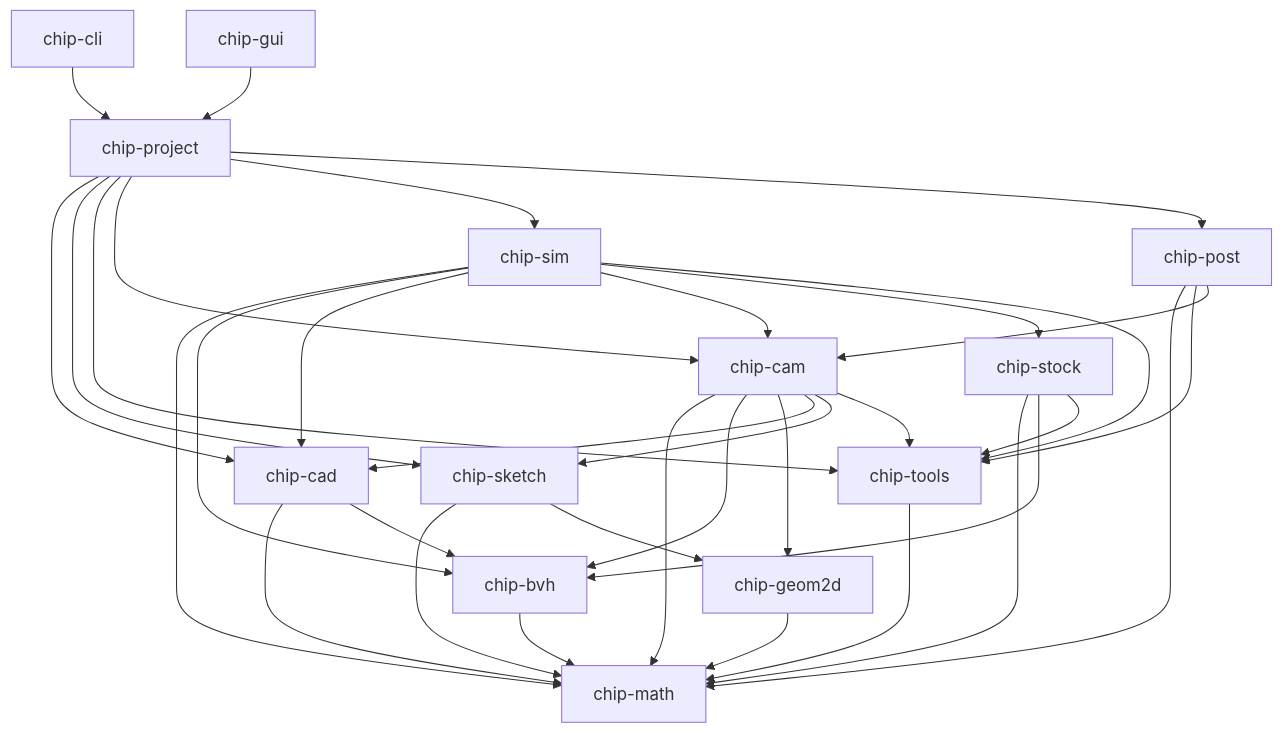
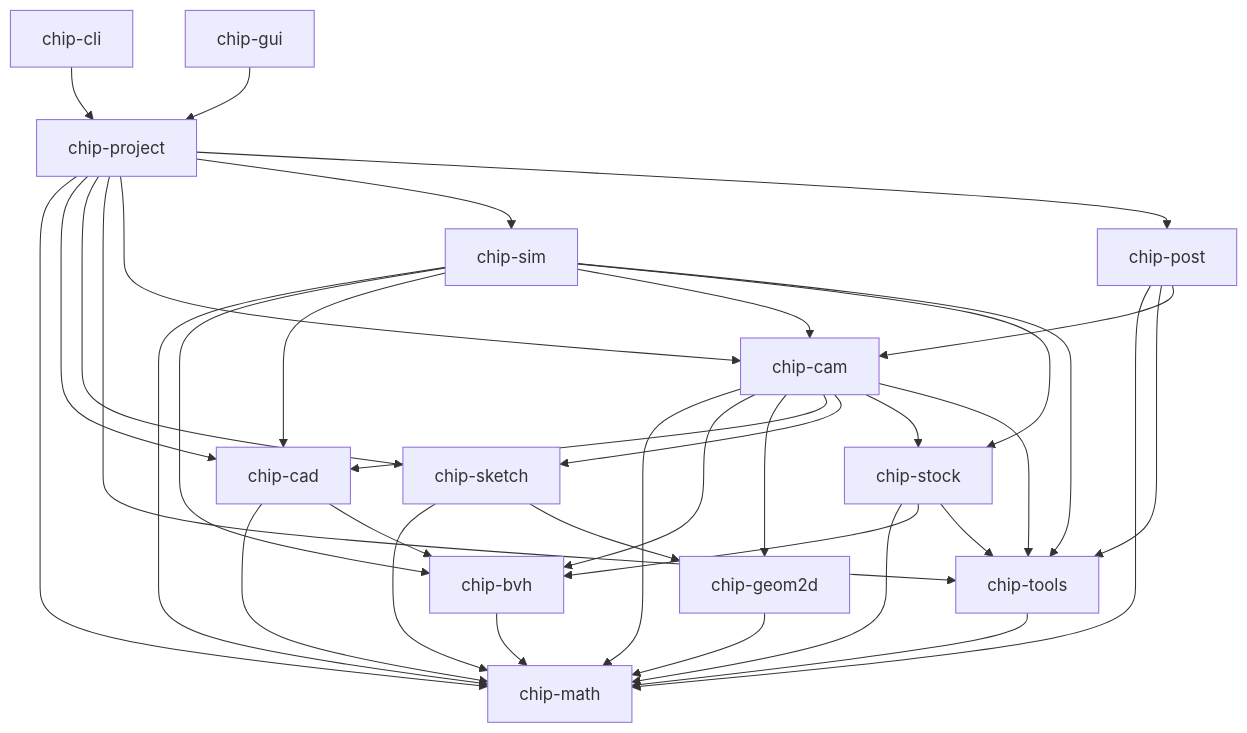
Before and after one commit to rk29/ChipCutter: the first of 2 diagrams in specs/01-architecture.md, drawn with Mermaid. The commit also changed other lines of this file, not shown here.

Commit message:
docs: synchronize specs/01-architecture.md with current workspace crates, GPU pipeline, and feature matrix

````diff
--- a/specs/01-architecture.md
+++ b/specs/01-architecture.md
@@ -44,58 +51,60 @@
 ```mermaid
 flowchart TD
     MATH["chip-math"]
     BVH["chip-bvh"]
     GEOM2D["chip-geom2d"]
     TOOLS["chip-tools"]
     STOCK["chip-stock"]
     CAD["chip-cad"]
     SKETCH["chip-sketch"]
     CAM["chip-cam"]
     SIM["chip-sim"]
     POST["chip-post"]
     PROJECT["chip-project"]
     CLI["chip-cli"]
     GUI["chip-gui"]
 
     BVH --> MATH
     GEOM2D --> MATH
     TOOLS --> MATH
 
     STOCK --> MATH
     STOCK --> BVH
     STOCK --> TOOLS
 
     CAD --> MATH
     CAD --> BVH
 
     SKETCH --> MATH
     SKETCH --> GEOM2D
 
     CAM --> MATH
     CAM --> BVH
     CAM --> GEOM2D
     CAM --> CAD
     CAM --> SKETCH
+    CAM --> STOCK
     CAM --> TOOLS
 
     SIM --> MATH
     SIM --> BVH
     SIM --> CAD
     SIM --> CAM
     SIM --> STOCK
     SIM --> TOOLS
 
     POST --> MATH
     POST --> TOOLS
     POST --> CAM
 
+    PROJECT --> MATH
     PROJECT --> CAD
     PROJECT --> SKETCH
     PROJECT --> TOOLS
     PROJECT --> CAM
     PROJECT --> SIM
     PROJECT --> POST
 
     CLI --> PROJECT
     GUI --> PROJECT
 ```
````
